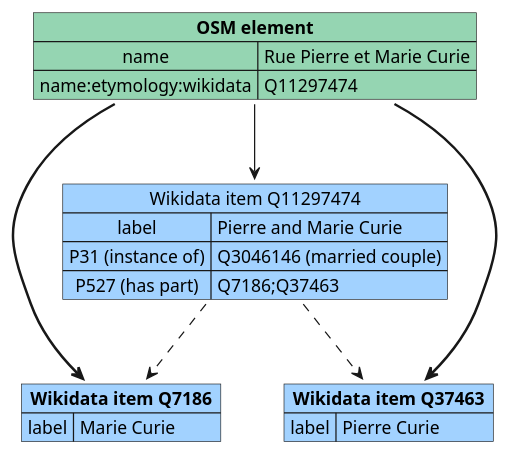
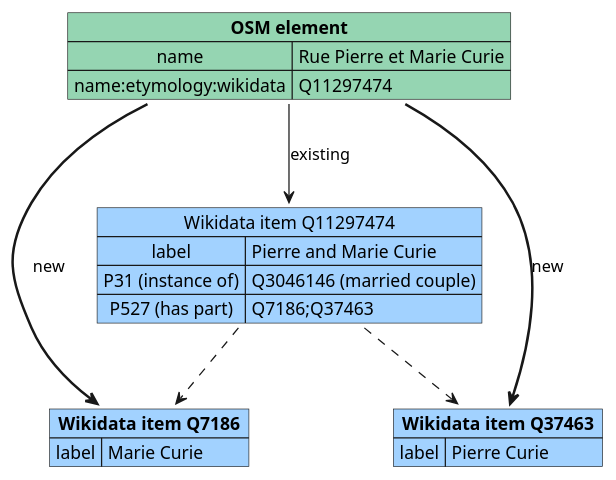
One commit to Danysan1/osm-wikidata-map-framework changed the diagram in images/data/part_of.plantuml. Above: the diagram before and after it, drawn with PlantUML. The commit also changed 5 other files, not shown here.

```diff
--- a/images/data/part_of.plantuml
+++ b/images/data/part_of.plantuml
@@ -1,27 +1,27 @@
 @startuml part_of
 
 map "**Wikidata item Q7186**" as wikia #a2d2ff {
   label => Marie Curie
 }
 map "**Wikidata item Q37463**" as wikib #a2d2ff {
   label => Pierre Curie
 }
 map "Wikidata item Q11297474" as wikic #a2d2ff {
   label => Pierre and Marie Curie
   P31 (instance of) => Q3046146 (married couple)
   P527 (has part) => Q7186;Q37463
 }
 
 map "**OSM element**" as osmg #95d5b2 {
   name => Rue Pierre et Marie Curie
   name:etymology:wikidata => Q11297474
 }
 
-osmg -[bold]-> wikia
-osmg -[bold]-> wikib
-osmg --> wikic
+osmg -[bold]-> wikia : new
+osmg -[bold]-> wikib : new
+osmg --> wikic : existing
 
 wikic ..> wikia
 wikic ..> wikib
 
 @enduml
```
